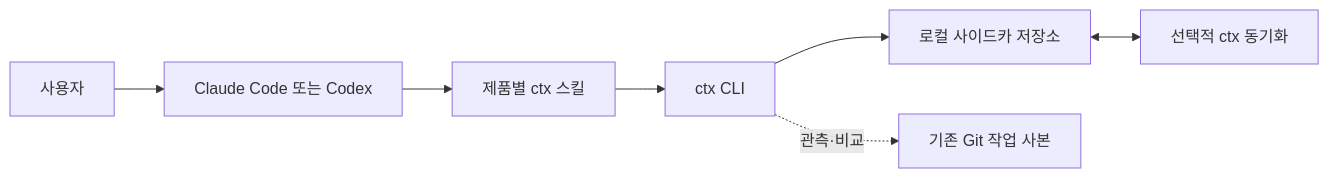
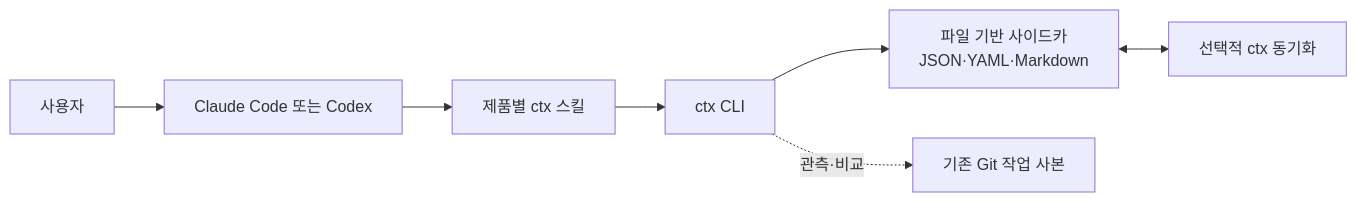
Before and after one commit to robinjoon/ai-kit: the diagram in README.md, drawn with Mermaid. The commit also changed other lines of this file, not shown here.

````diff
--- a/README.md
+++ b/README.md
@@ -9,9 +9,9 @@
 ```mermaid
 flowchart LR
     U["사용자"] --> A["Claude Code 또는 Codex"]
     A --> S["제품별 ctx 스킬"]
     S --> CLI["ctx CLI"]
-    CLI --> STORE["로컬 사이드카 저장소"]
+    CLI --> STORE["파일 기반 사이드카<br/>JSON·YAML·Markdown"]
     CLI -. "관측·비교" .-> GIT["기존 Git 작업 사본"]
     STORE <--> SYNC["선택적 ctx 동기화"]
 ```
````
